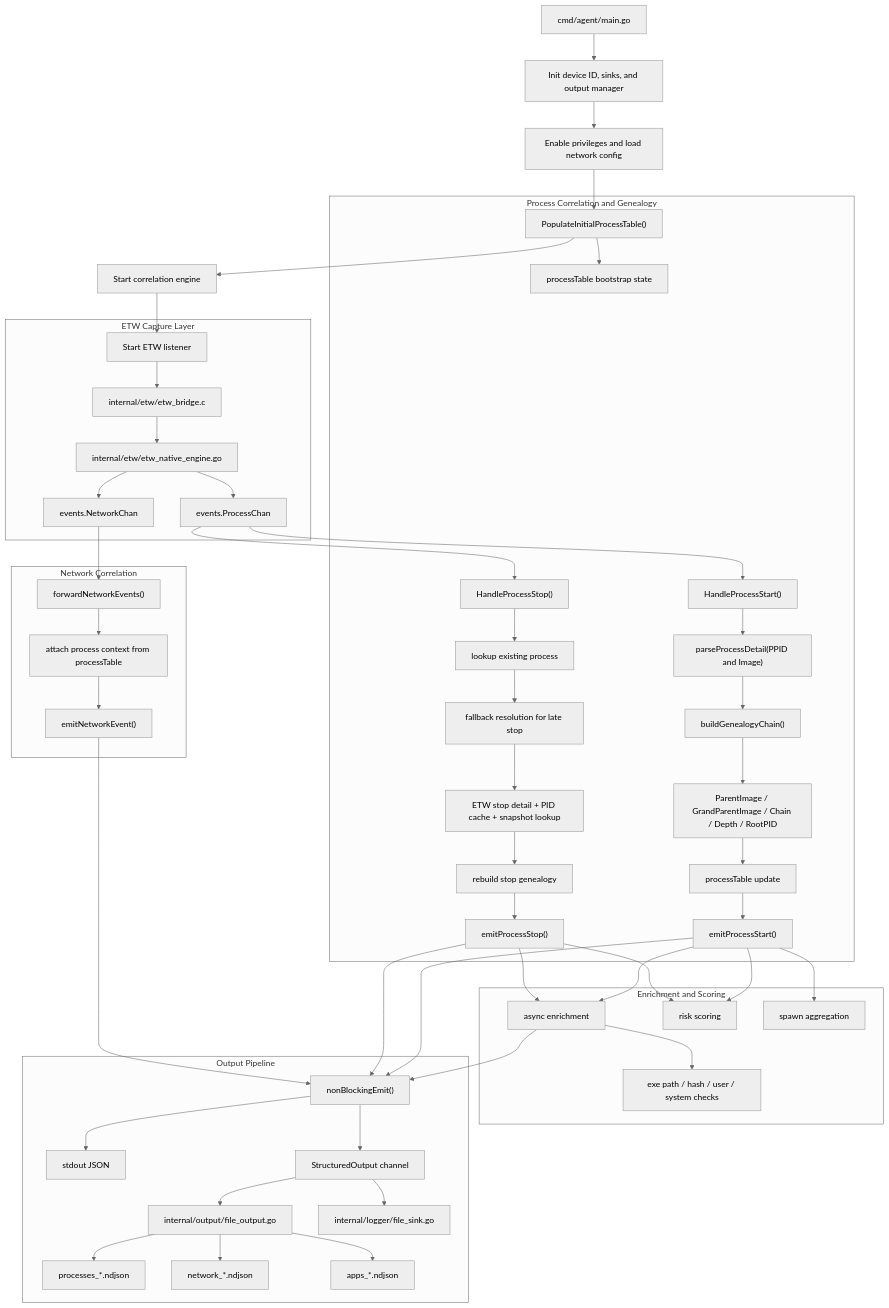
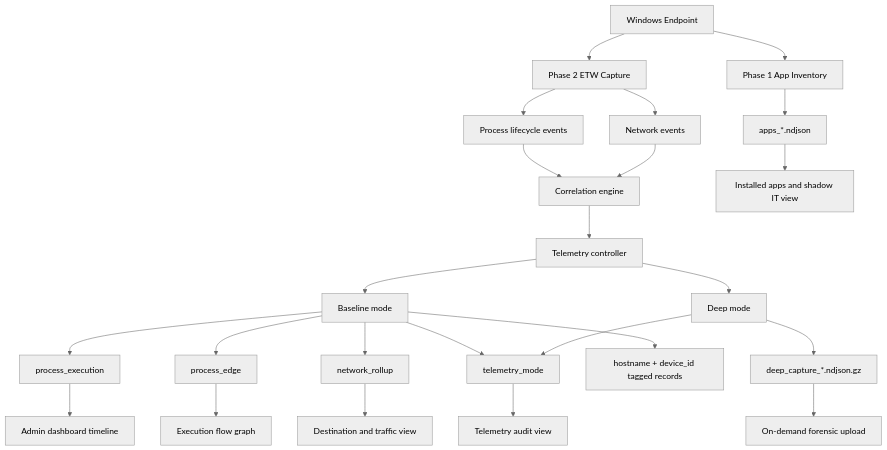
The diagram in architecture.mmd (sanjayverma139/Exionis-swg), drawn with Mermaid (neutral theme) before and after one commit. The commit also changed 1383 other files, not shown here.

```diff
--- a/architecture.mmd
+++ b/architecture.mmd
@@ -1,62 +1,31 @@
 flowchart TD
-    A["cmd/agent/main.go"] --> B["Init device ID, sinks, and output manager"]
-    B --> C["Enable privileges and load network config"]
-    C --> D["PopulateInitialProcessTable()"]
-    D --> E["Start correlation engine"]
-    E --> F["Start ETW listener"]
+    A["Windows Endpoint"] --> B["Phase 1 App Inventory"]
+    A --> C["Phase 2 ETW Capture"]
 
-    subgraph ETW["ETW Capture Layer"]
-        F --> G["internal/etw/etw_bridge.c"]
-        G --> H["internal/etw/etw_native_engine.go"]
-        H --> I["events.ProcessChan"]
-        H --> J["events.NetworkChan"]
-    end
+    B --> D["apps_*.ndjson"]
 
-    subgraph PROC["Process Correlation and Genealogy"]
-        D --> K["processTable bootstrap state"]
-        I --> L["HandleProcessStart()"]
-        I --> M["HandleProcessStop()"]
+    C --> E["Process lifecycle events"]
+    C --> F["Network events"]
 
-        L --> N["parseProcessDetail(PPID and Image)"]
-        N --> O["buildGenealogyChain()"]
-        O --> P["ParentImage / GrandParentImage / Chain / Depth / RootPID"]
-        P --> Q["processTable update"]
-        Q --> R["emitProcessStart()"]
+    E --> G["Correlation engine"]
+    F --> G
 
-        M --> S["lookup existing process"]
-        S --> T["fallback resolution for late stop"]
-        T --> U["ETW stop detail + PID cache + snapshot lookup"]
-        U --> V["rebuild stop genealogy"]
-        V --> W["emitProcessStop()"]
-    end
+    G --> H["Telemetry controller"]
+    H --> I["Baseline mode"]
+    H --> J["Deep mode"]
 
-    subgraph NET["Network Correlation"]
-        J --> X["forwardNetworkEvents()"]
-        X --> Y["attach process context from processTable"]
-        Y --> Z["emitNetworkEvent()"]
-    end
+    I --> K["process_execution"]
+    I --> L["process_edge"]
+    I --> M["network_rollup"]
+    I --> N["telemetry_mode"]
+    I --> O["hostname + device_id tagged records"]
 
-    subgraph ENRICH["Enrichment and Scoring"]
-        R --> AA["async enrichment"]
-        W --> AA
-        AA --> AB["exe path / hash / user / system checks"]
-        R --> AC["risk scoring"]
-        W --> AC
-        R --> AD["spawn aggregation"]
-    end
+    J --> P["deep_capture_*.ndjson.gz"]
+    J --> N
 
-    subgraph OUT["Output Pipeline"]
-        R --> AE["nonBlockingEmit()"]
-        W --> AE
-        Z --> AE
-        AA --> AE
-
-        AE --> AF["stdout JSON"]
-        AE --> AG["StructuredOutput channel"]
-        AG --> AH["internal/output/file_output.go"]
-        AG --> AI["internal/logger/file_sink.go"]
-
-        AH --> AJ["processes_*.ndjson"]
-        AH --> AK["network_*.ndjson"]
-        AH --> AL["apps_*.ndjson"]
-    end
+    K --> Q["Admin dashboard timeline"]
+    L --> R["Execution flow graph"]
+    M --> S["Destination and traffic view"]
+    D --> T["Installed apps and shadow IT view"]
+    N --> U["Telemetry audit view"]
+    P --> V["On-demand forensic upload"]
```
